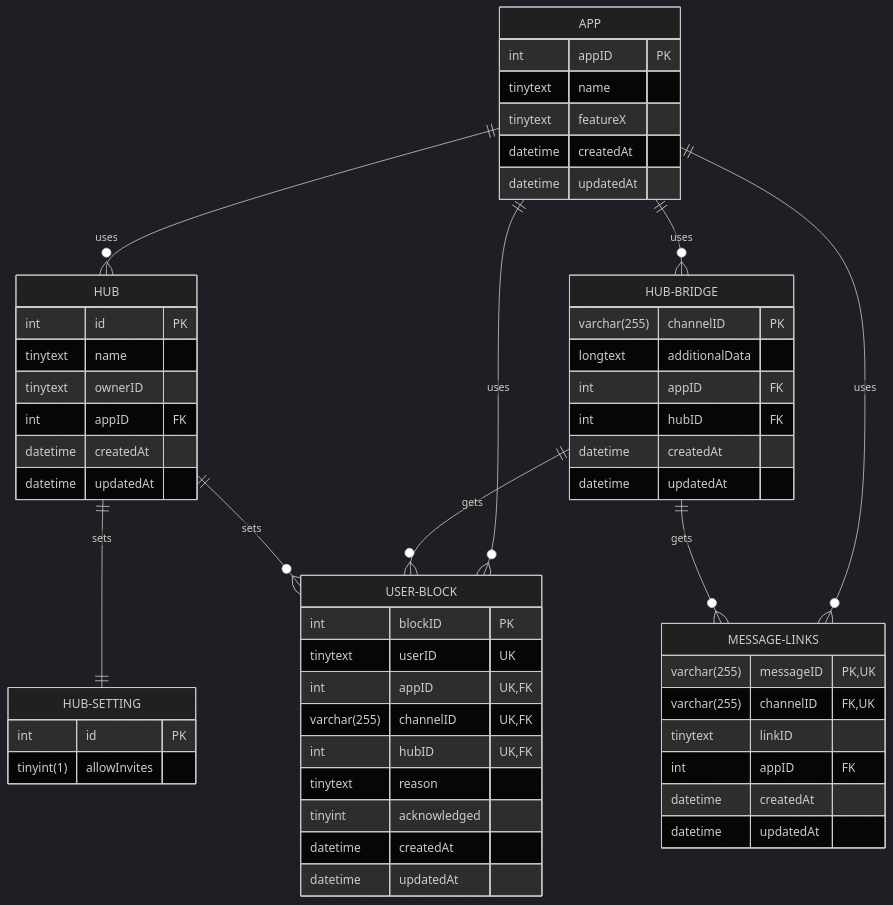
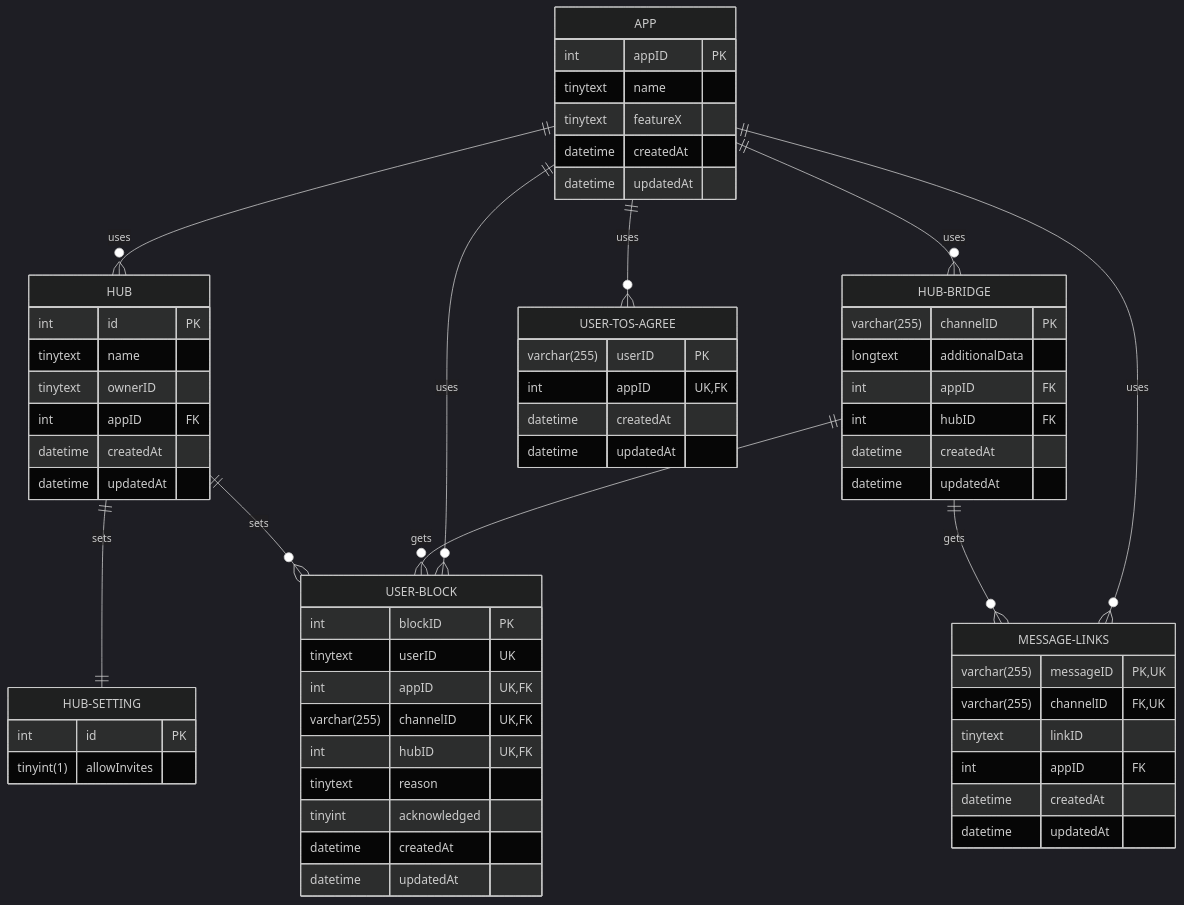
One commit to FlippedCodes/I-SH2 changed the diagram in README.md. Above: the diagram before and after it, drawn with Mermaid (dark theme).

Commit message:
add user tos agree table to docs

````diff
--- a/README.md
+++ b/README.md
@@ -312,57 +312,64 @@
 ```mermaid
 erDiagram
     APP ||--o{ HUB-BRIDGE : uses
     APP ||--o{ HUB : uses
     APP ||--o{ USER-BLOCK : uses
+    APP ||--o{ USER-TOS-AGREE : uses
     APP ||--o{ MESSAGE-LINKS : uses
     APP {
       int appID PK
       tinytext name
       tinytext featureX
       datetime createdAt
       datetime updatedAt
     }
     HUB-BRIDGE ||--o{ USER-BLOCK : gets
     HUB-BRIDGE ||--o{ MESSAGE-LINKS : gets
     HUB-BRIDGE {
       varchar(255) channelID PK
       longtext additionalData
       int appID FK
       int hubID FK
       datetime createdAt
       datetime updatedAt
     }
     HUB ||--||HUB-SETTING : sets
     HUB ||--o{ USER-BLOCK : sets
     HUB {
       int id PK
       tinytext name
       tinytext ownerID
       int appID FK
       datetime createdAt
       datetime updatedAt
     }
     HUB-SETTING {
       int id PK
       tinyint(1) allowInvites
     }
     MESSAGE-LINKS {
       varchar(255) messageID PK, UK
       varchar(255) channelID FK, UK
       tinytext linkID
       int appID FK
       datetime createdAt
       datetime updatedAt
     }
+    USER-TOS-AGREE {
+      varchar(255) userID PK
+      int appID UK, FK
+      datetime createdAt
+      datetime updatedAt
+    }
     USER-BLOCK {
       int blockID PK
       tinytext userID UK
       int appID UK, FK
       varchar(255) channelID UK, FK
       int hubID UK, FK
       tinytext reason
       tinyint acknowledged
       datetime createdAt
       datetime updatedAt
     }
 ```
````
